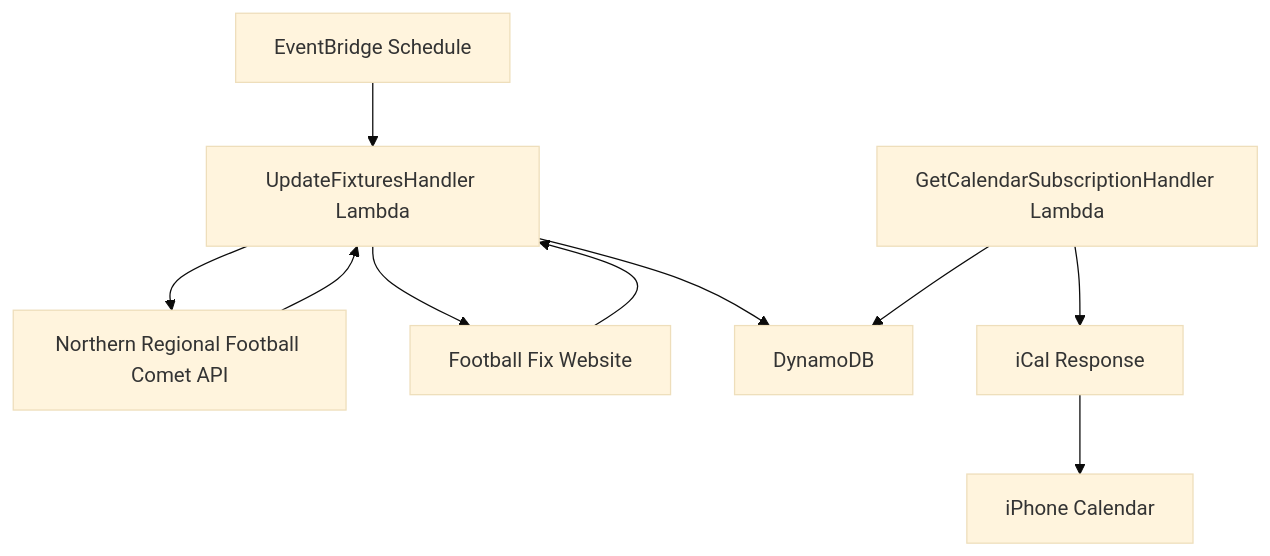
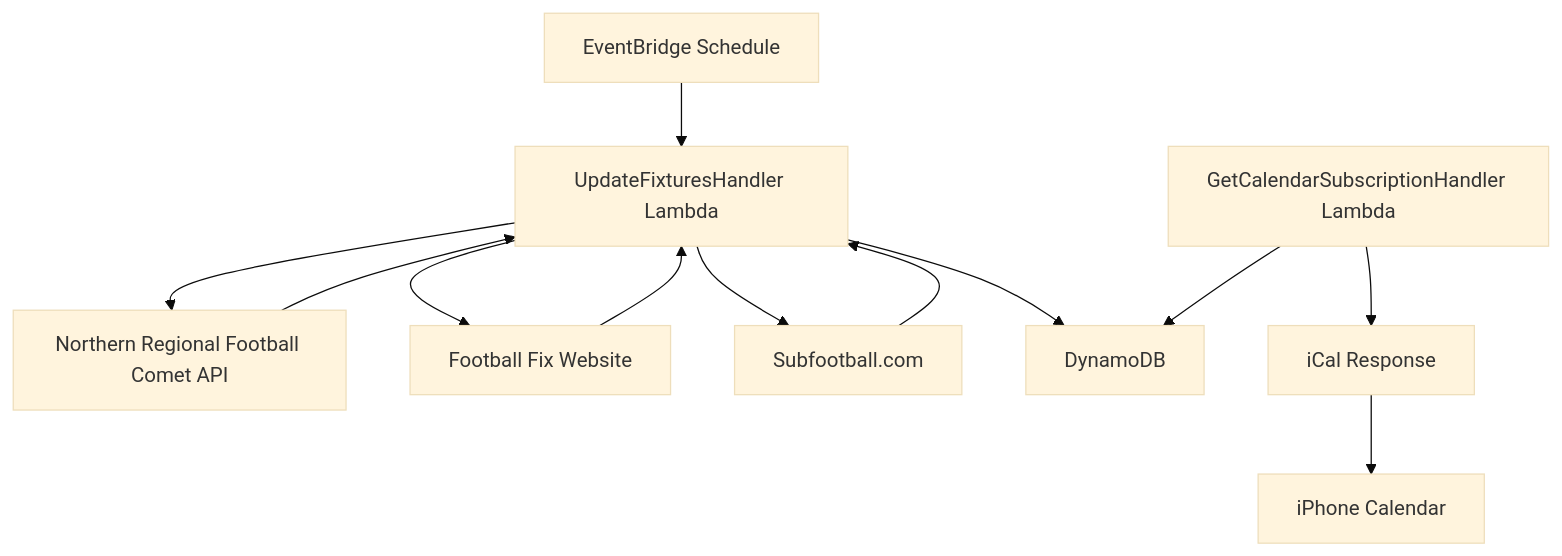
The diagram in football_calendar_api/README.md (jordansimsmith/jordansimsmith-com), drawn with Mermaid (base theme) before and after one commit. The commit also changed other lines of this file and 14 other files, not shown here.

````diff
--- a/football_calendar_api/README.md
+++ b/football_calendar_api/README.md
@@ -7,12 +7,14 @@
 ```mermaid
 graph TD
   A[EventBridge Schedule] --> B[UpdateFixturesHandler Lambda]
   B --> C[Northern Regional Football Comet API]
   C --> B
   B --> H[Football Fix Website]
   H --> B
+  B --> I[Subfootball.com]
+  I --> B
   B --> D[DynamoDB]
   E[GetCalendarSubscriptionHandler Lambda] --> D
   E --> F[iCal Response]
   F --> G[iPhone Calendar]
 ```
````
